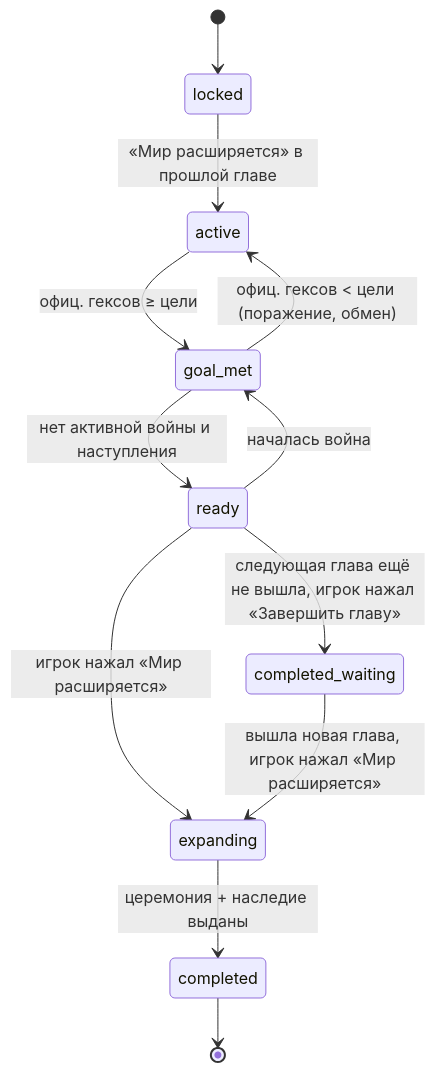
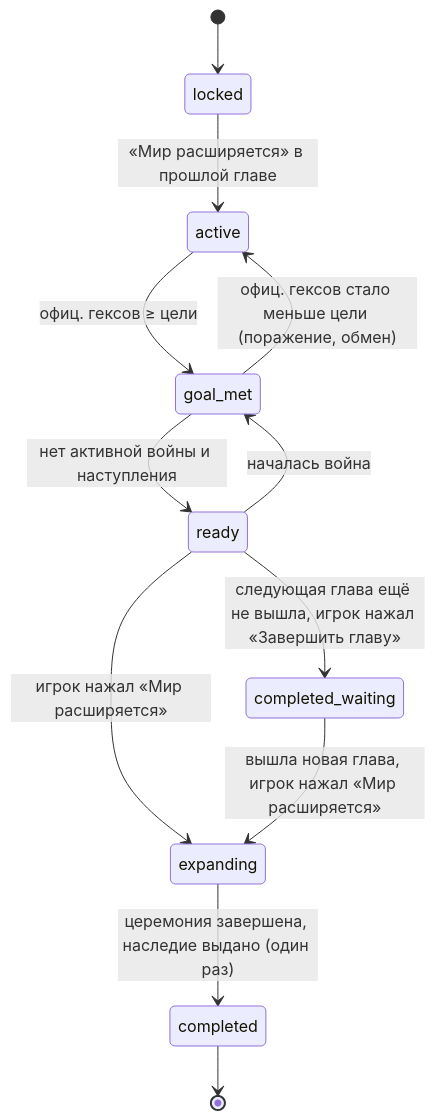
Before and after one commit to kaboomenko/Raivon: the third of 7 diagrams in docs/gdd/07_progression_meta.md, drawn with Mermaid. The commit also changed other lines of this file and 4 other files, not shown here.

````diff
--- a/docs/gdd/07_progression_meta.md
+++ b/docs/gdd/07_progression_meta.md
@@ -129,14 +129,14 @@
 ```mermaid
 stateDiagram-v2
   [*] --> locked
   locked --> active: «Мир расширяется» в прошлой главе
   active --> goal_met: офиц. гексов ≥ цели
-  goal_met --> active: офиц. гексов < цели (поражение, обмен)
+  goal_met --> active: офиц. гексов стало меньше цели (поражение, обмен)
   goal_met --> ready: нет активной войны и наступления
   ready --> goal_met: началась война
   ready --> expanding: игрок нажал «Мир расширяется»
   ready --> completed_waiting: следующая глава ещё не вышла, игрок нажал «Завершить главу»
-  expanding --> completed: церемония + наследие выданы
+  expanding --> completed: церемония завершена, наследие выдано (один раз)
   completed_waiting --> expanding: вышла новая глава, игрок нажал «Мир расширяется»
   completed --> [*]
 ```
````
